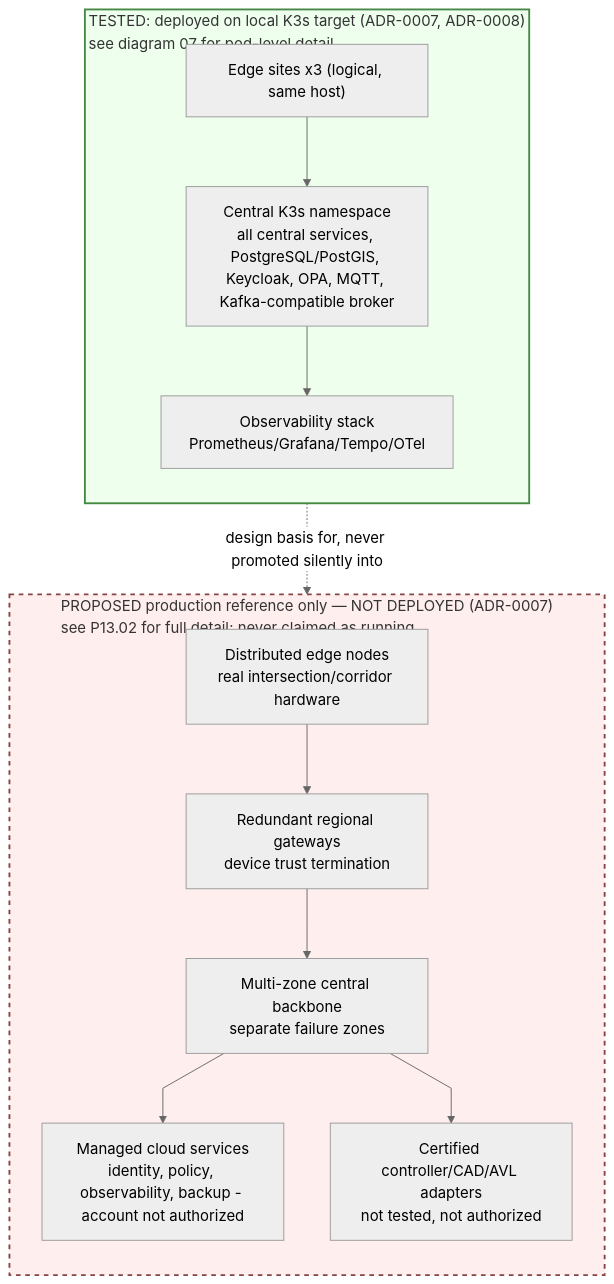
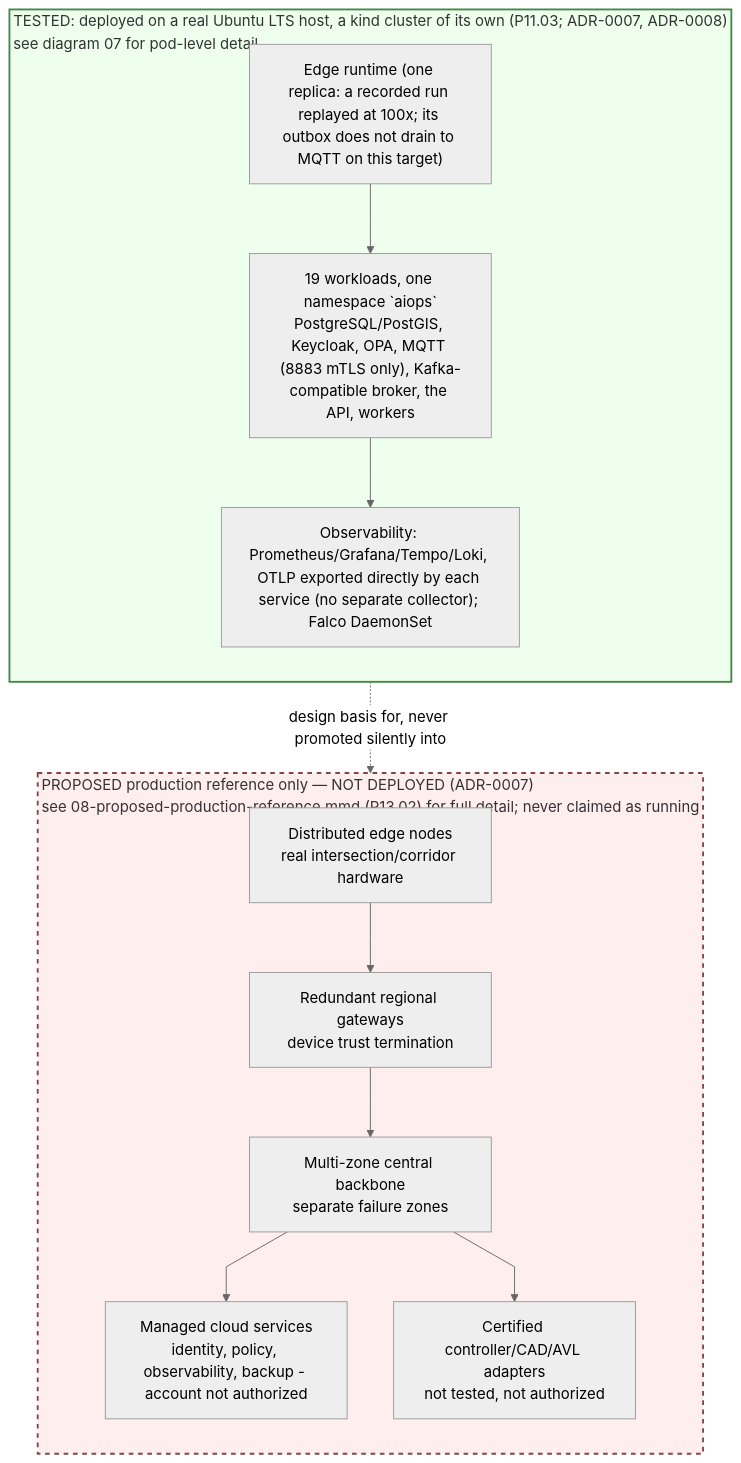
One commit to iukhan82/aiops-project-2 changed the diagram in diagrams/sources/06-hybrid-cloud-placement.mmd. Above: the diagram before and after it, drawn with Mermaid (neutral theme). The commit also changed 281 other files, not shown here.

```diff
--- a/diagrams/sources/06-hybrid-cloud-placement.mmd
+++ b/diagrams/sources/06-hybrid-cloud-placement.mmd
@@ -1,27 +1,27 @@
 %%{init: {"flowchart": {"htmlLabels": true, "curve": "linear"}} }%%
 flowchart TB
-  subgraph TESTED["TESTED: deployed on local K3s target (ADR-0007, ADR-0008)\nsee diagram 07 for pod-level detail"]
+  subgraph TESTED["TESTED: deployed on a real Ubuntu LTS host, a kind cluster of its own (P11.03; ADR-0007, ADR-0008)\nsee diagram 07 for pod-level detail"]
     direction TB
-    T1["Edge sites x3 (logical, same host)"]
-    T2["Central K3s namespace\nall central services, PostgreSQL/PostGIS, Keycloak, OPA, MQTT, Kafka-compatible broker"]
-    T3["Observability stack\nPrometheus/Grafana/Tempo/OTel"]
+    T1["Edge runtime (one replica: a recorded run replayed at 100x; its outbox does not drain to MQTT on this target)"]
+    T2["19 workloads, one namespace `aiops`\nPostgreSQL/PostGIS, Keycloak, OPA, MQTT (8883 mTLS only), Kafka-compatible broker, the API, workers"]
+    T3["Observability: Prometheus/Grafana/Tempo/Loki, OTLP exported directly by each service (no separate collector); Falco DaemonSet"]
     T1 --> T2 --> T3
   end
 
-  subgraph PROPOSED["PROPOSED production reference only — NOT DEPLOYED (ADR-0007)\nsee P13.02 for full detail; never claimed as running"]
+  subgraph PROPOSED["PROPOSED production reference only — NOT DEPLOYED (ADR-0007)\nsee 08-proposed-production-reference.mmd (P13.02) for full detail; never claimed as running"]
     direction TB
     P1["Distributed edge nodes\nreal intersection/corridor hardware"]
     P2["Redundant regional gateways\ndevice trust termination"]
     P3["Multi-zone central backbone\nseparate failure zones"]
     P4["Managed cloud services\nidentity, policy, observability, backup - account not authorized"]
     P5["Certified controller/CAD/AVL adapters\nnot tested, not authorized"]
     P1 --> P2 --> P3 --> P4
     P3 --> P5
   end
 
   TESTED -.->|"design basis for, never promoted silently into"| PROPOSED
 
   classDef tested fill:#efe,stroke:#484,stroke-width:2px
   classDef proposed fill:#fee,stroke:#844,stroke-width:2px,stroke-dasharray: 5 5
   class TESTED tested
   class PROPOSED proposed
```
